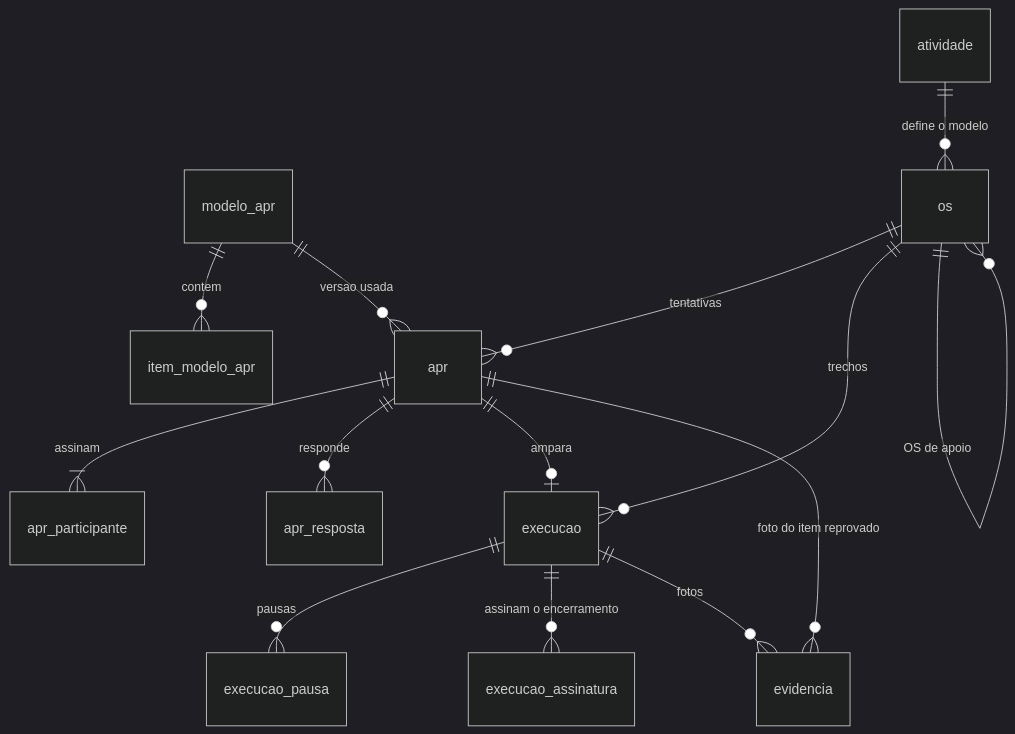
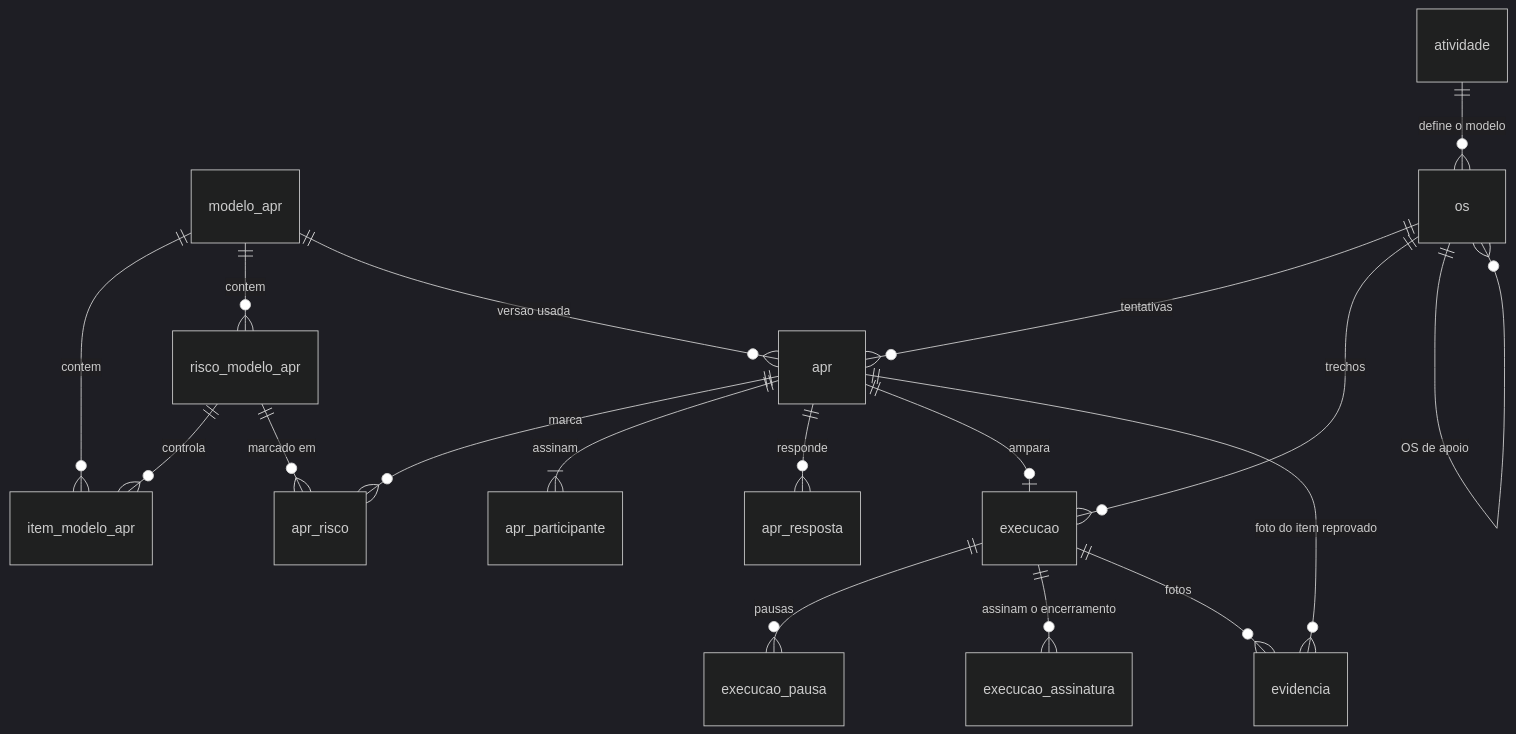
Before and after one commit to RenanFelliphe/D.A.P.R.O.M: the third of 4 diagrams in base/.design/especificacao.md, drawn with Mermaid (dark theme). The commit also changed other lines of this file and 3 other files, not shown here.

````diff
--- a/base/.design/especificacao.md
+++ b/base/.design/especificacao.md
@@ -505,16 +522,20 @@
 ```mermaid
 erDiagram
   modelo_apr ||--o{ item_modelo_apr : contem
+  modelo_apr ||--o{ risco_modelo_apr : contem
+  risco_modelo_apr ||--o{ item_modelo_apr : controla
+  risco_modelo_apr ||--o{ apr_risco : "marcado em"
+  apr ||--o{ apr_risco : marca
   modelo_apr ||--o{ apr : "versao usada"
   atividade ||--o{ os : "define o modelo"
   os ||--o{ apr : "tentativas"
   apr ||--|{ apr_participante : assinam
   apr ||--o{ apr_resposta : responde
   apr ||--o| execucao : ampara
   os ||--o{ execucao : "trechos"
   execucao ||--o{ execucao_pausa : pausas
   execucao ||--o{ execucao_assinatura : "assinam o encerramento"
   execucao ||--o{ evidencia : fotos
   apr ||--o{ evidencia : "foto do item reprovado"
   os ||--o{ os : "OS de apoio"
 ```
````
